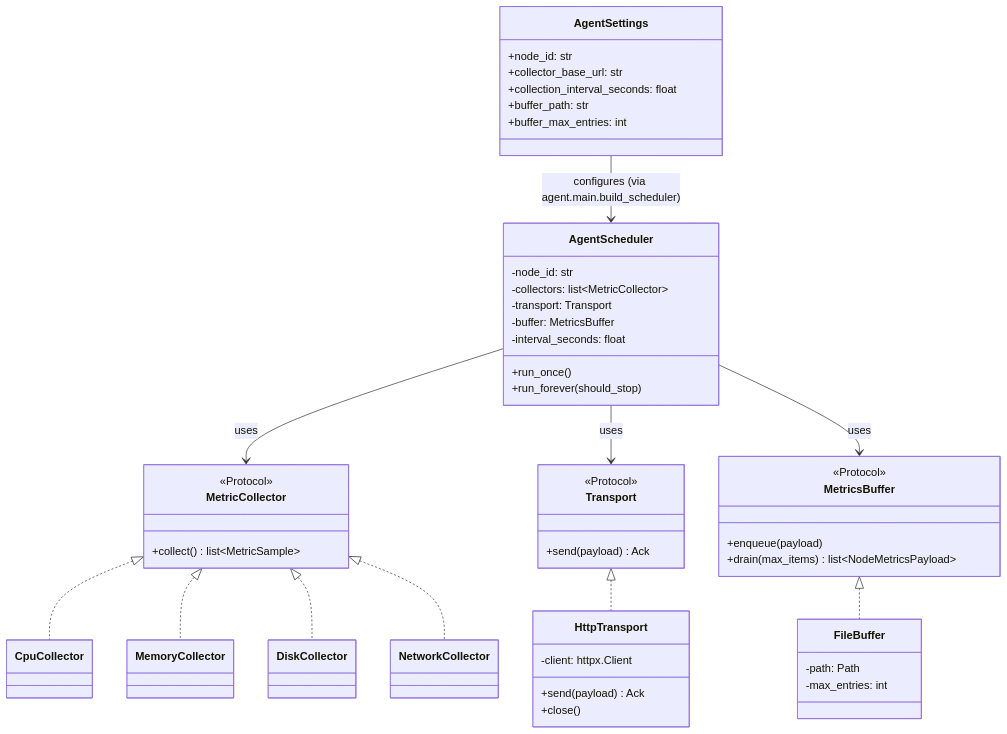
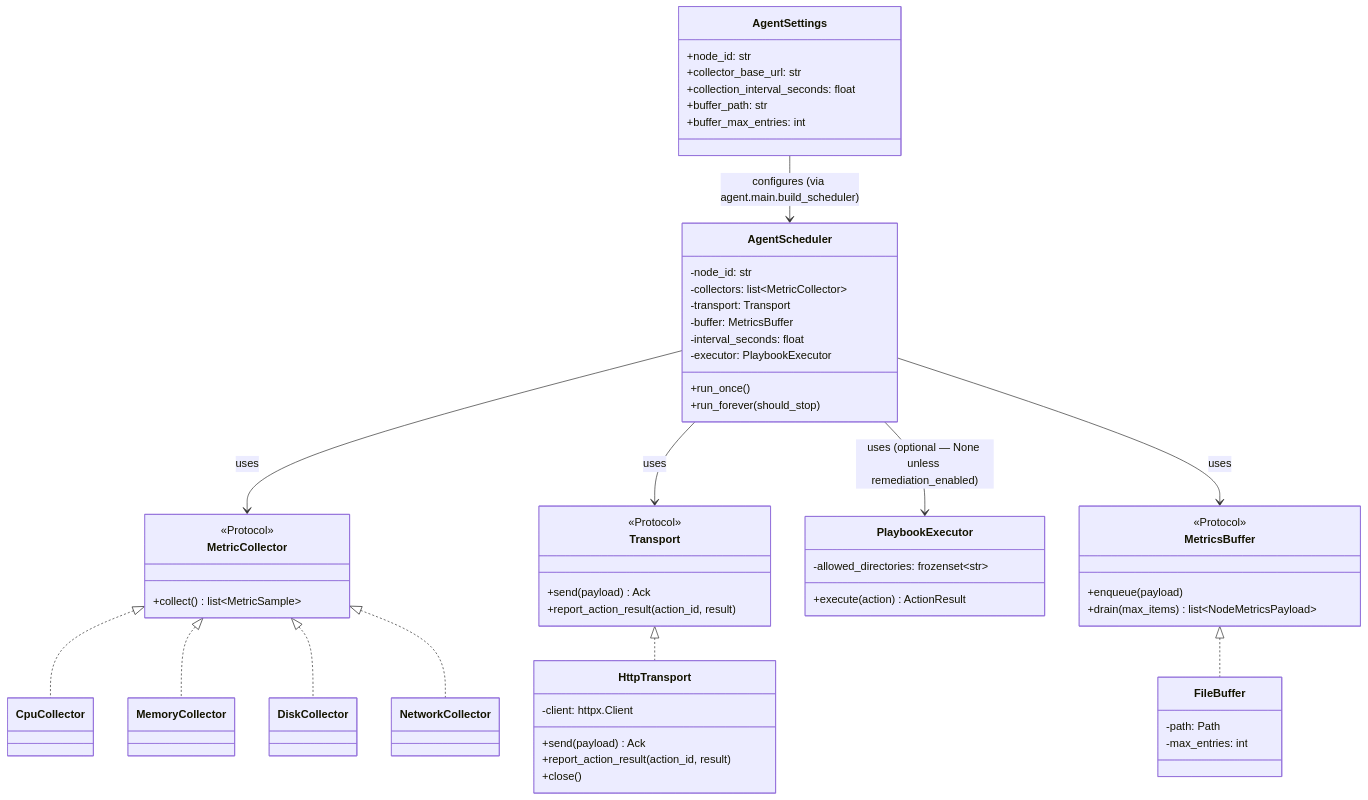
The first of 2 diagrams in agent/architecture.md (jayasati/ClusterPulse), drawn with Mermaid before and after one commit. The commit also changed other lines of this file and 62 other files, not shown here.

First line of the commit message:
feat(remediation): implement PlaybookActionType and associated actions

````diff
--- a/agent/architecture.md
+++ b/agent/architecture.md
@@ -18,61 +20,70 @@
 ```mermaid
 classDiagram
     class AgentSettings {
         +node_id: str
         +collector_base_url: str
         +collection_interval_seconds: float
         +buffer_path: str
         +buffer_max_entries: int
     }
 
     class AgentScheduler {
         -node_id: str
         -collectors: list~MetricCollector~
         -transport: Transport
         -buffer: MetricsBuffer
         -interval_seconds: float
+        -executor: PlaybookExecutor
         +run_once()
         +run_forever(should_stop)
     }
 
     class MetricCollector {
         <<Protocol>>
         +collect() list~MetricSample~
     }
     class CpuCollector
     class MemoryCollector
     class DiskCollector
     class NetworkCollector
 
     class Transport {
         <<Protocol>>
         +send(payload) Ack
+        +report_action_result(action_id, result)
     }
     class HttpTransport {
         -client: httpx.Client
         +send(payload) Ack
+        +report_action_result(action_id, result)
         +close()
+    }
+
+    class PlaybookExecutor {
+        -allowed_directories: frozenset~str~
+        +execute(action) ActionResult
     }
 
     class MetricsBuffer {
         <<Protocol>>
         +enqueue(payload)
         +drain(max_items) list~NodeMetricsPayload~
     }
     class FileBuffer {
         -path: Path
         -max_entries: int
     }
 
     MetricCollector <|.. CpuCollector
     MetricCollector <|.. MemoryCollector
     MetricCollector <|.. DiskCollector
     MetricCollector <|.. NetworkCollector
     Transport <|.. HttpTransport
     MetricsBuffer <|.. FileBuffer
 
     AgentScheduler --> MetricCollector : uses
     AgentScheduler --> Transport : uses
     AgentScheduler --> MetricsBuffer : uses
+    AgentScheduler --> PlaybookExecutor : uses (optional — None unless remediation_enabled)
     AgentSettings --> AgentScheduler : configures (via agent.main.build_scheduler)
 ```
````
